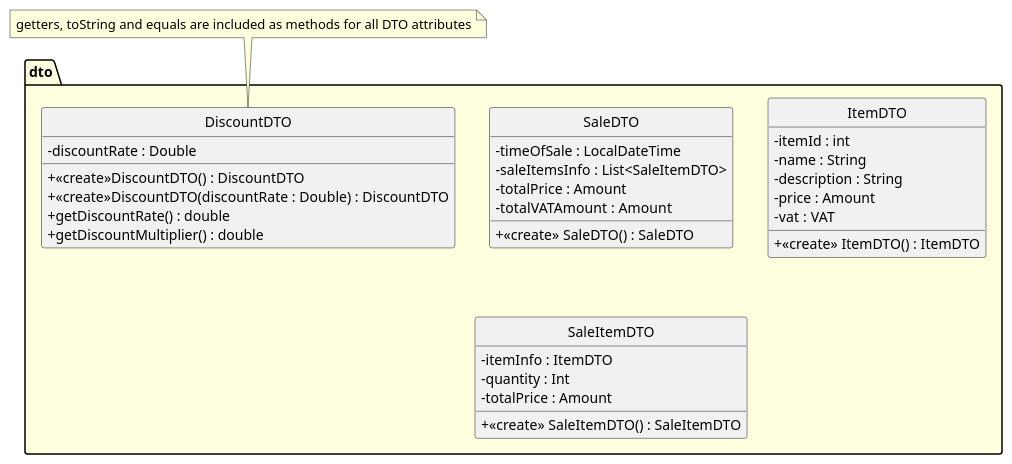
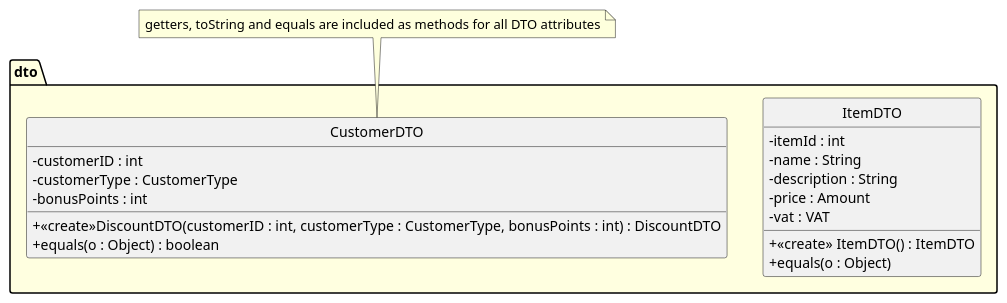
Before and after one commit to VincentFerrigan/kth-iv1350-object-oriented-design: the second of 11 diagrams in uml/uml_v3.puml, drawn with PlantUML. The commit also changed other lines of this file and 75 other files, not shown here.

```diff
--- a/uml/uml_v3.puml
+++ b/uml/uml_v3.puml
@@ -209,45 +278,33 @@
 @startuml
 'title DTO
 ' //TODO Ska vi ha en customerDTO och customerDb?
+' //TODO Ska DTO:erna flyttas till CD?
 hide circle
 skinparam ClassAttributeIconSize 0
 skinparam linetype ortho
 skinparam package {
     BackgroundColor LightYellow
 }
     package dto {
-        class SaleDTO{
-            - timeOfSale : LocalDateTime
-            - saleItemsInfo : List<SaleItemDTO>
-            - totalPrice : Amount
-            - totalVATAmount : Amount
-            + <<create>> SaleDTO() : SaleDTO
-        }
         class ItemDTO{
             - itemId : int
             - name : String
             - description : String
             - price : Amount
             - vat : VAT
             +<<create>> ItemDTO() : ItemDTO
+            + equals(o : Object)
         }
-        class SaleItemDTO{
-            - itemInfo : ItemDTO
-            - quantity : Int
-            - totalPrice : Amount
-            + <<create>> SaleItemDTO() : SaleItemDTO
-        }
-        class DiscountDTO{
+
+        class CustomerDTO{
 '            // TODO ska discount finnas med i SaleDTO?
-'            -customerID : int
-'            -discountRules
-            - discountRate : Double
-            +<<create>>DiscountDTO() : DiscountDTO
-            +<<create>>DiscountDTO(discountRate : Double) : DiscountDTO
-            + getDiscountRate() : double
-            + getDiscountMultiplier() : double
+            - customerID : int
+            - customerType : CustomerType
+            - bonusPoints : int
+            +<<create>>DiscountDTO(customerID : int, customerType : CustomerType, bonusPoints : int) : DiscountDTO
+            + equals(o : Object) : boolean
 '        note bottom : Attributes TBD based on Discount Rules.
         }
     }
 note top: getters, toString and equals are included as methods for all DTO attributes
 @enduml
```
